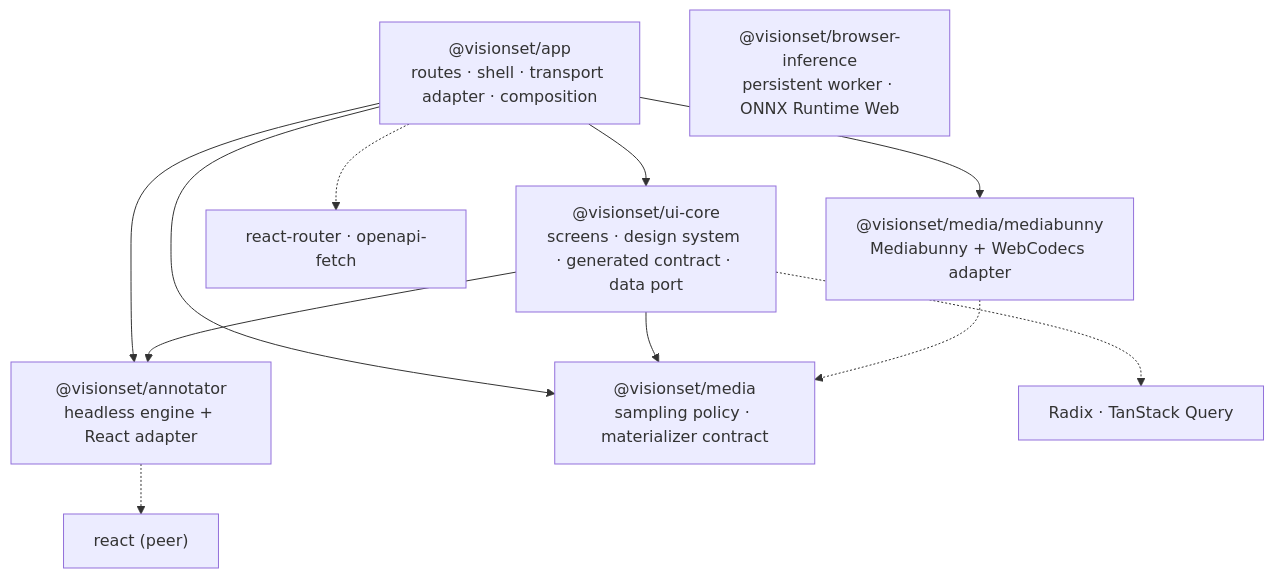
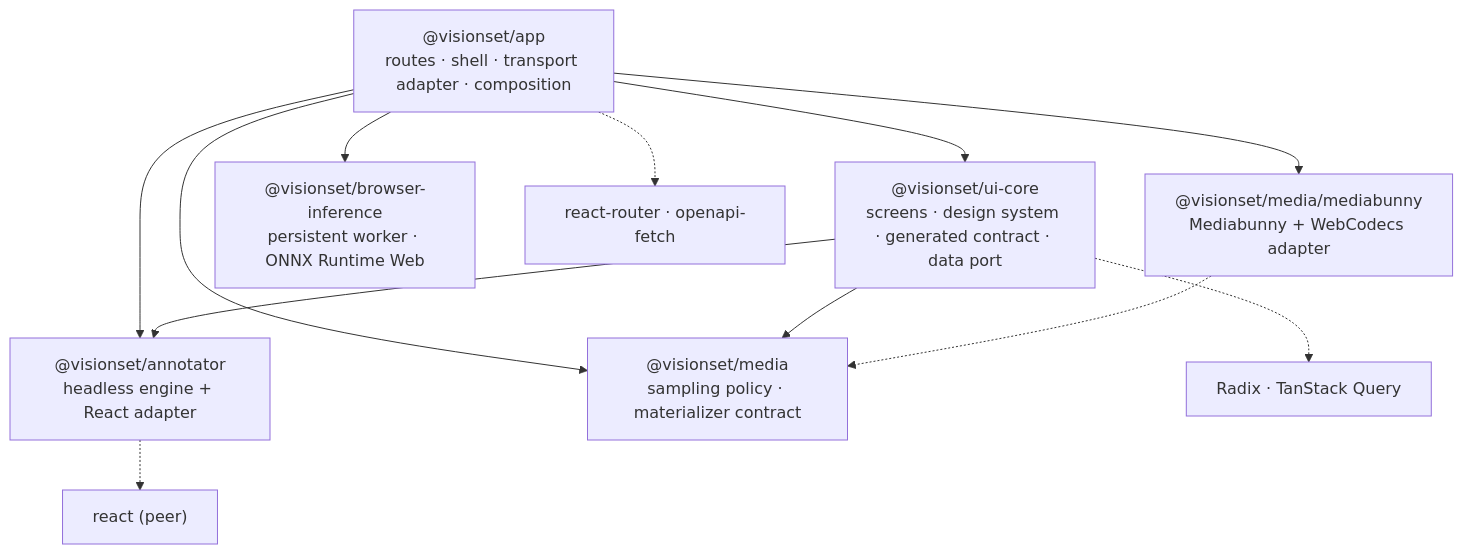
One commit to Robomous/VisionSet changed the diagram in docs/content/architecture/frontend/README.md. Above: the diagram before and after it, drawn with Mermaid. The commit also changed other lines of this file and 49 other files, not shown here.

````diff
--- a/docs/content/architecture/frontend/README.md
+++ b/docs/content/architecture/frontend/README.md
@@ -9,25 +8,26 @@
 ```mermaid
 flowchart TB
     App["@visionset/app\nroutes · shell · transport adapter · composition"]
     UiCore["@visionset/ui-core\nscreens · design system · generated contract · data port"]
     Annotator["@visionset/annotator\nheadless engine + React adapter"]
     Media["@visionset/media\nsampling policy · materializer contract"]
     Mediabunny["@visionset/media/mediabunny\nMediabunny + WebCodecs adapter"]
     Inference["@visionset/browser-inference\npersistent worker · ONNX Runtime Web"]
 
     App --> UiCore
     App --> Annotator
     App --> Media
     App --> Mediabunny
+    App --> Inference
     UiCore --> Annotator
     UiCore --> Media
 
     React["react (peer)"]
     Radix["Radix · TanStack Query"]
     Router["react-router · openapi-fetch"]
 
     Annotator -.-> React
     UiCore -.-> Radix
     App -.-> Router
     Mediabunny -.-> Media
 ```
````
